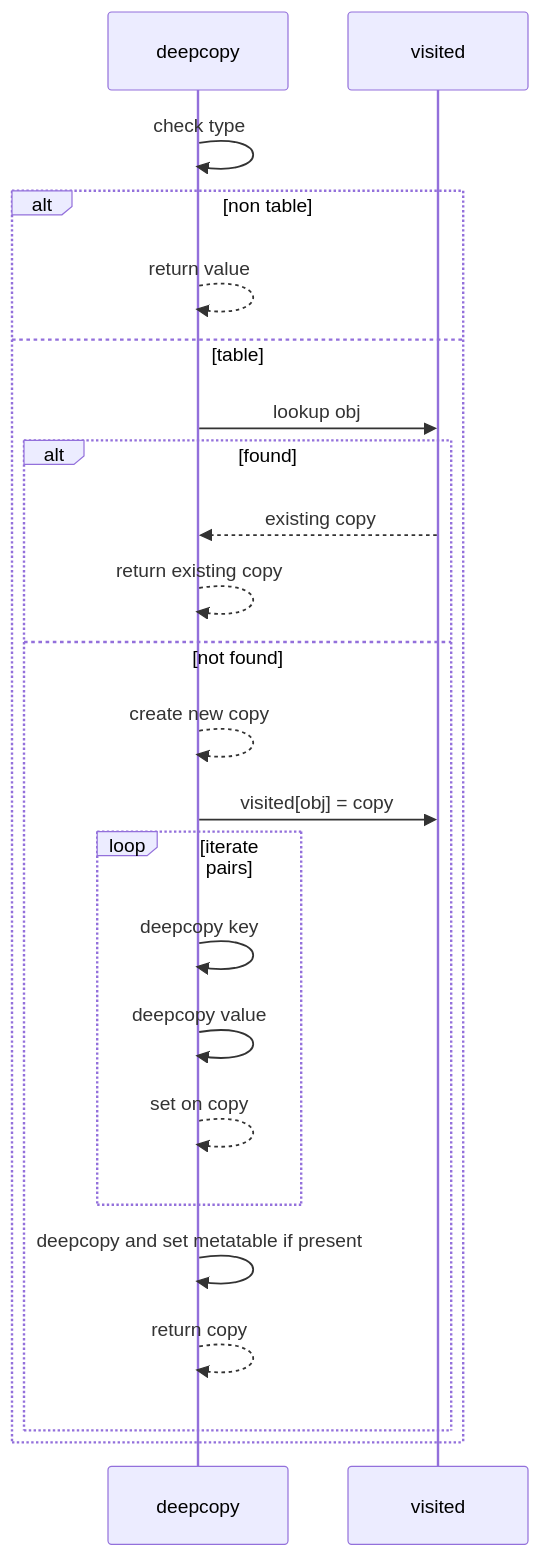
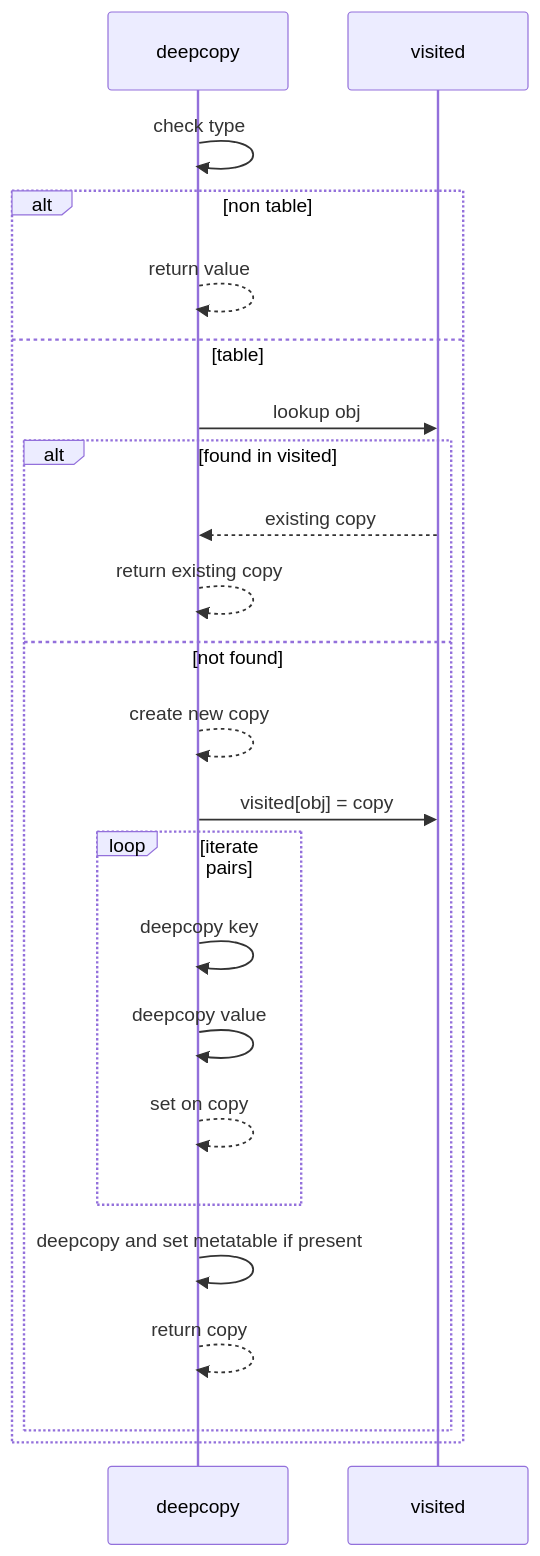
One commit to Gh0st352/AETHR changed the second of 2 diagrams in docs/fileops/deepcopy.md. Above: the diagram before and after it, drawn with Mermaid. The commit also changed other lines of this file and 6 other files, not shown here.

First line of the commit message:
docs(fileops): standardize Mermaid diagrams, add subgraphs and theme

````diff
--- a/docs/fileops/deepcopy.md
+++ b/docs/fileops/deepcopy.md
@@ -39,25 +60,27 @@
 ```mermaid
+%% shared theme: docs/_mermaid/theme.json %%
 sequenceDiagram
   participant C as deepcopy
   participant V as visited
+
   C->>C: check type
   alt non table
     C-->>C: return value
   else table
     C->>V: lookup obj
-    alt found
+    alt found in visited
       V-->>C: existing copy
       C-->>C: return existing copy
     else not found
       C-->>C: create new copy
       C->>V: visited[obj] = copy
       loop iterate pairs
         C->>C: deepcopy key
         C->>C: deepcopy value
         C-->>C: set on copy
       end
       C->>C: deepcopy and set metatable if present
       C-->>C: return copy
     end
   end
 ```
````
